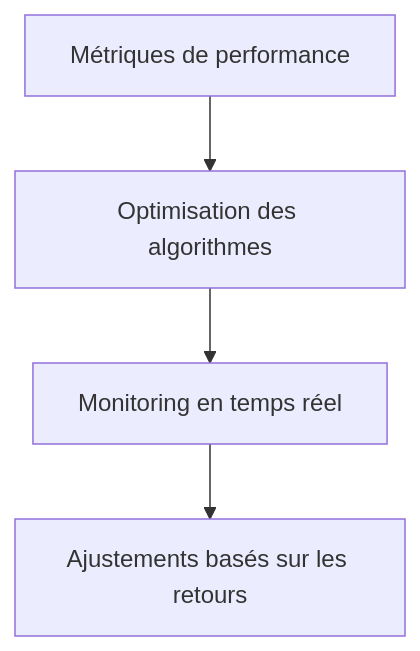
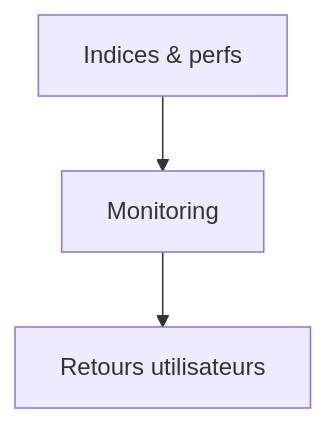
The fourth of 4 diagrams in .trae/documents/specification_repartition_livraisons.md (Medigone/log), drawn with Mermaid before and after one commit. The commit also changed other lines of this file and 39 other files, not shown here.

````diff
--- a/.trae/documents/specification_repartition_livraisons.md
+++ b/.trae/documents/specification_repartition_livraisons.md
@@ -573,6 +604,5 @@
 ```mermaid
 graph TD
-    A[Métriques de performance] --> B[Optimisation des algorithmes]
-    B --> C[Monitoring en temps réel]
-    C --> D[Ajustements basés sur les retours]
+    A[Indices & perfs] --> B[Monitoring]
+    B --> C[Retours utilisateurs]
 ```
````
